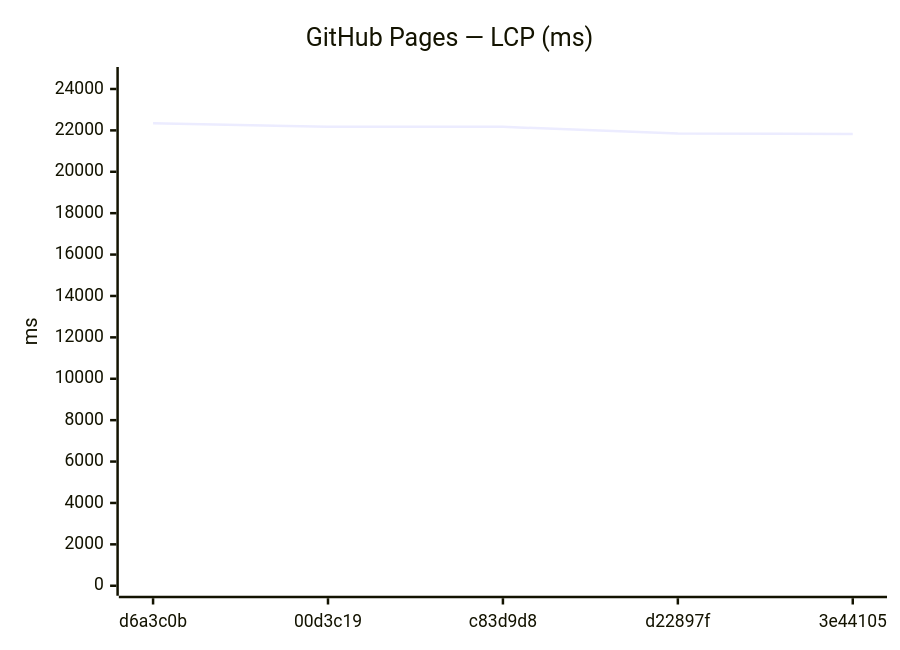
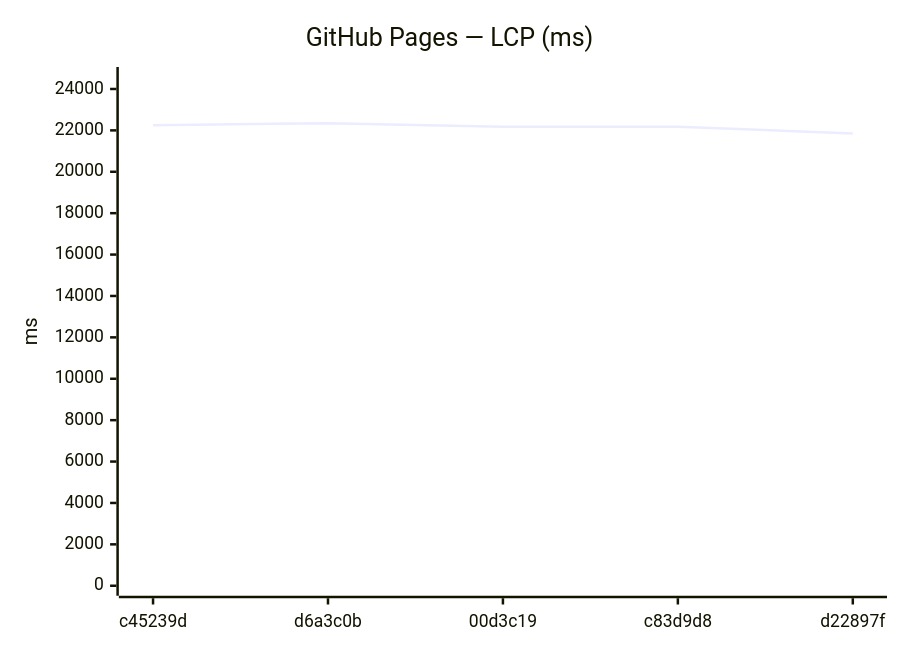
One commit to Metaheurist/Rianell changed the ninth of 18 diagrams in benchmarks/compare.md. Above: the diagram before and after it, drawn with Mermaid. The commit also changed other lines of this file and 11 other files, not shown here.

````diff
--- a/benchmarks/compare.md
+++ b/benchmarks/compare.md
@@ -142,7 +142,7 @@
 ```mermaid
 xychart-beta
     title "GitHub Pages — LCP (ms)"
-    x-axis ["d6a3c0b", "00d3c19", "c83d9d8", "d22897f", "3e44105"]
+    x-axis ["c45239d", "d6a3c0b", "00d3c19", "c83d9d8", "d22897f"]
     y-axis "ms" 0 --> 24579
-    line [22344, 22178, 22170, 21853, 21828]
+    line [22250, 22344, 22178, 22170, 21853]
 ```
````
